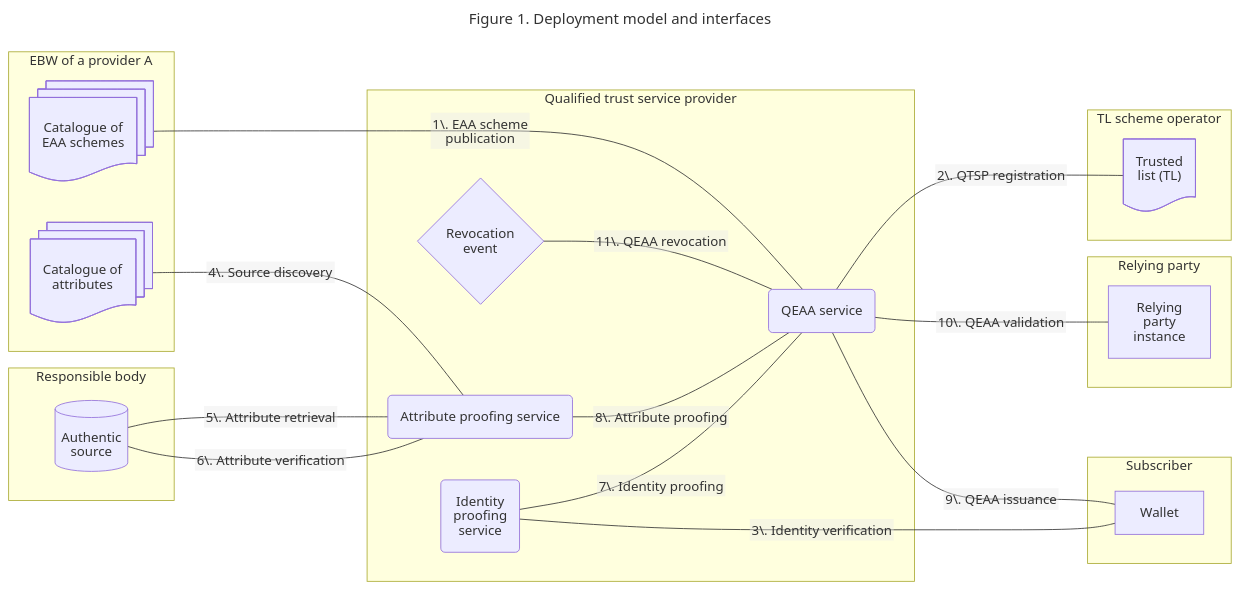
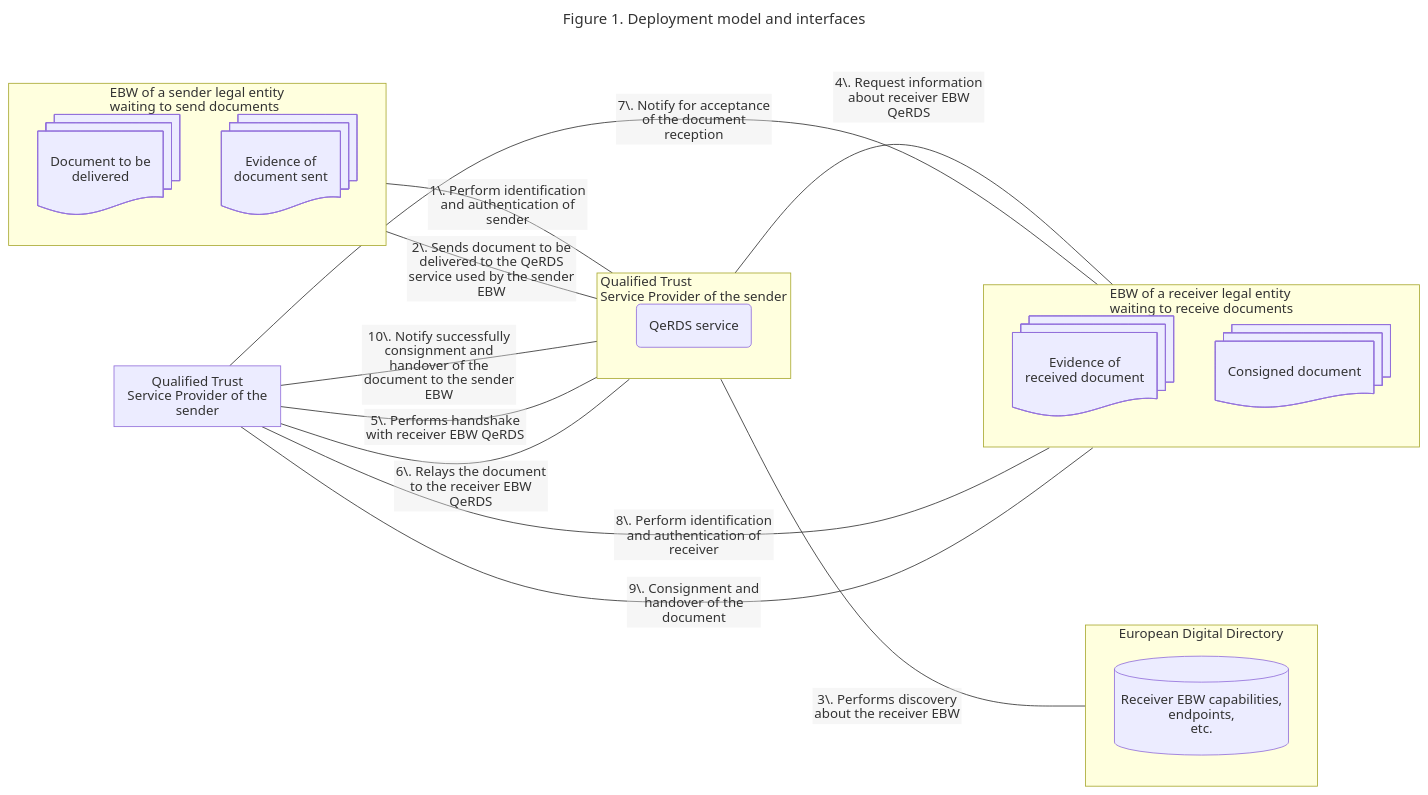
One commit to DigitelTS/wp4-qtsp-group changed the diagram in docs/qerds/architecture.md. Above: the diagram before and after it, drawn with Mermaid.

Commit message:
Wrong file was committed.

````diff
--- a/docs/qerds/architecture.md
+++ b/docs/qerds/architecture.md
@@ -57,53 +57,53 @@
 ```mermaid
 ---
 title: Figure 1. Deployment model and interfaces
 config:
   htmlLabels: false
   markdownAutoWrap: true
   flowchart:
     #defaultRenderer: "elk"
 ---
 flowchart LR
-subgraph Responsible body
-    AS[Authentic
-    source]@{shape: cyl}
+subgraph Sender[EBW of a sender legal entity 
+    waiting to send documents]
+
+    msg[Document to be 
+    delivered]@{shape: docs}
+    evidenceSender[Evidence of 
+   document sent
+    ]@{shape: docs}
 end
-subgraph EC[EBW of a provider A]
-    CatAtt[Catalogue of
-    attributes]@{shape: docs}
-    CatSch[Catalogue of
-    EAA schemes]@{shape: docs}
+subgraph Receiver[EBW of a receiver legal entity 
+    waiting to receive documents]
+
+    evidenceReceiver[Evidence of 
+    received document 
+    ]@{shape: docs}
+    documentReceiver[Consigned document 
+    ]@{shape: docs}
 end
-subgraph QTSP[Qualified trust service provider]
-    APS[Attribute proofing service]@{shape: rounded}
-    IPS[Identity
-    proofing
-    service]@{shape: rounded}
-    EAAS["QEAA service"]@{shape: rounded}
-    Rev[Revocation
-    event]@{shape: diamond}
+subgraph SenderQTSP[Qualified Trust 
+Service Provider of the sender]
+    APS[QeRDS service]@{shape: rounded}
 end
-subgraph Sub[Subscriber]
-    Wallet
+subgraph ReceiverQTSP[Qualified Trust 
+Service Provider of the sender]
+    APS[QeRDS service]@{shape: rounded}
 end
-subgraph Relying party
-    RP["Relying
-    party
-    instance"]
+subgraph EUD[European Digital Directory]
+discoveryInfo[ Receiver EBW capabilities, endpoints, 
+    etc.]@{shape: cyl}
 end
-subgraph "TL scheme operator"
-    TL["Trusted
-    list (TL)"]@{shape: doc}
-end
-CatSch ---|1\. EAA scheme publication| EAAS
-EAAS   ---|2\. QTSP registration     | TL
-EAAS   ---|9\. QEAA issuance         | Wallet
-IPS    ---|3\. Identity verification | Wallet
-CatAtt ---|4\. Source discovery      | APS
-AS     ---|5\. Attribute retrieval   | APS
-AS     ---|6\. Attribute verification| APS
-Rev    ---|11\. QEAA revocation      | EAAS
-APS    ---|8\. Attribute proofing   | EAAS
-IPS    ---|7\. Identity proofing     | EAAS
-EAAS   ---|10\. QEAA validation       | RP
+
+Sender ---|1\. Perform identification and authentication of sender| SenderQTSP
+Sender ---|2\. Sends document to be delivered to the QeRDS service used by the sender EBW| SenderQTSP
+SenderQTSP ---|3\. Performs discovery about the receiver EBW| EUD
+SenderQTSP ---|4\. Request information about receiver EBW QeRDS| Receiver
+SenderQTSP ---|5\. Performs handshake with receiver EBW QeRDS| ReceiverQTSP
+SenderQTSP ---|6\. Relays the document to the receiver EBW QeRDS| ReceiverQTSP
+ReceiverQTSP ---|7\. Notify for acceptance of the document reception| Receiver
+ReceiverQTSP ---|8\. Perform identification and authentication of receiver| Receiver
+ReceiverQTSP ---|9\. Consignment and handover of the document| Receiver
+ReceiverQTSP ---|10\. Notify successfully consignment and handover of the document to the sender EBW| SenderQTSP
+
 ```
````
